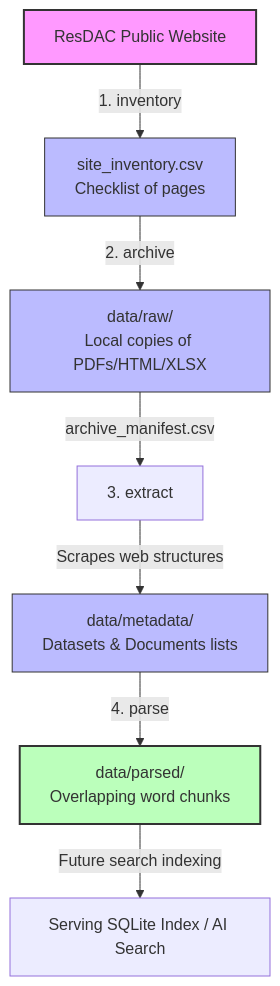
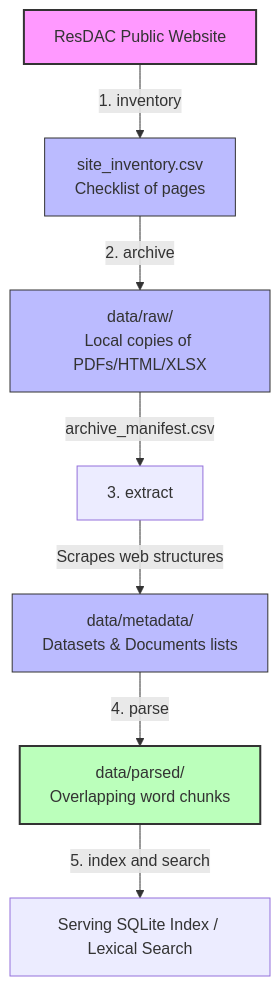
One commit to SaehwanPark/rkb-rust changed the diagram in docs/USER_MANUAL.md. Above: the diagram before and after it, drawn with Mermaid.

Commit message:
docs: align retrieval workflow diagram

````diff
--- a/docs/USER_MANUAL.md
+++ b/docs/USER_MANUAL.md
@@ -48,15 +48,15 @@
 ```mermaid
 graph TD
     A[ResDAC Public Website] -->|1. inventory| B[site_inventory.csv<br/>Checklist of pages]
     B -->|2. archive| C[data/raw/<br/>Local copies of PDFs/HTML/XLSX]
     C -->|archive_manifest.csv| D[3. extract]
     D -->|Scrapes web structures| E[data/metadata/<br/>Datasets & Documents lists]
     E -->|4. parse| F[data/parsed/<br/>Overlapping word chunks]
-    F -->|Future search indexing| G[Serving SQLite Index / AI Search]
+    F -->|5. index and search| G[Serving SQLite Index / Lexical Search]
 
     style A fill:#f9f,stroke:#333,stroke-width:2px
     style B fill:#bbf,stroke:#333,stroke-width:1px
     style C fill:#bbf,stroke:#333,stroke-width:1px
     style E fill:#bbf,stroke:#333,stroke-width:1px
     style F fill:#bfb,stroke:#333,stroke-width:2px
 ```
````
